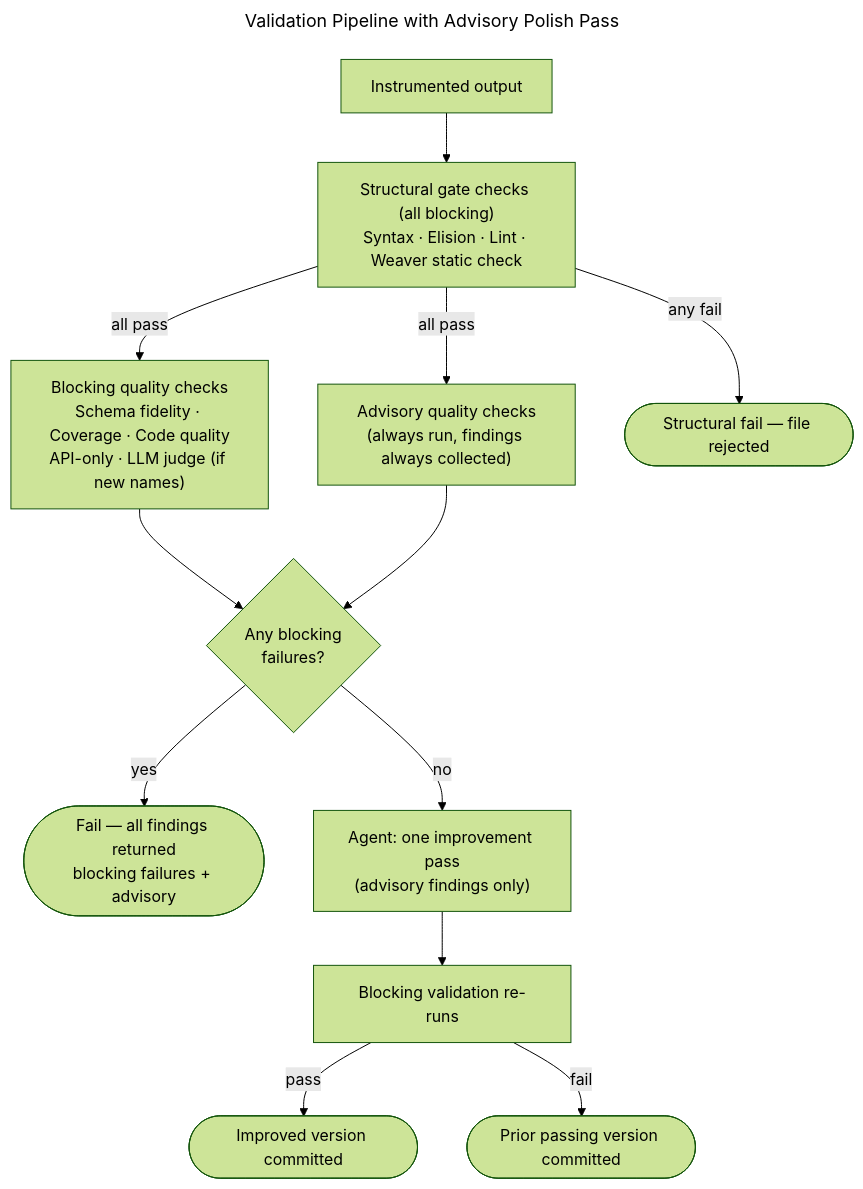
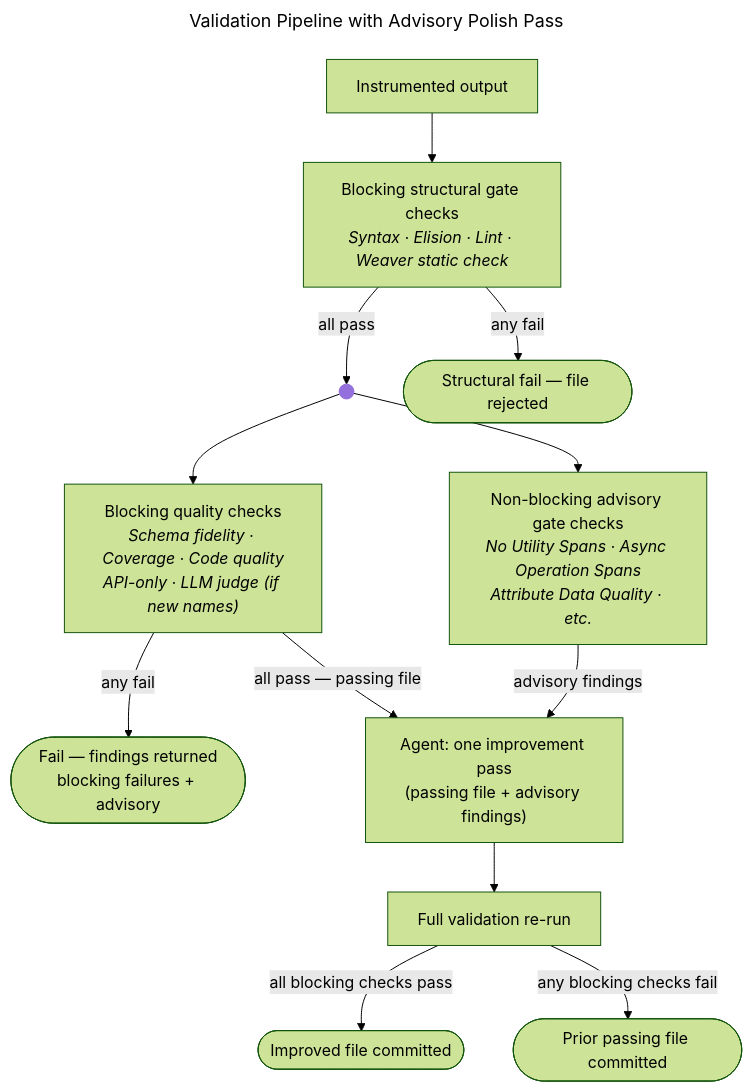
One commit to wiggitywhitney/spinybacked-orbweaver changed the diagram in docs/diagrams/validation-pipeline-with-advisory.mmd. Above: the diagram before and after it, drawn with Mermaid (forest theme). The commit also changed 3 other files, not shown here.

First line of the commit message:
docs: refine solution document diagrams based on review

```diff
--- a/docs/diagrams/validation-pipeline-with-advisory.mmd
+++ b/docs/diagrams/validation-pipeline-with-advisory.mmd
@@ -1,28 +1,37 @@
 ---
 title: "Validation Pipeline with Advisory Polish Pass"
 ---
-%% ABOUTME: Validation pipeline showing that blocking and advisory checks always run together; advisory findings are included in failure reports and in the polish pass
+%% ABOUTME: Validation pipeline — blocking and advisory checks run in parallel; fail paths branch to the side; advisory findings feed the polish pass
 flowchart TD
     IN["Instrumented output"]
-    G["Structural gate checks (all blocking)\nSyntax · Elision · Lint · Weaver static check"]
-    B["Blocking quality checks\nSchema fidelity · Coverage · Code quality\nAPI-only · LLM judge (if new names)"]
-    A["Advisory quality checks\n(always run, findings always collected)"]
+    G["`Blocking structural gate checks
+*Syntax · Elision · Lint · Weaver static check*`"]
+    J(( ))
+    B["`Blocking quality checks
+*Schema fidelity · Coverage · Code quality
+API-only · LLM judge (if new names)*`"]
+    A["`Non-blocking advisory gate checks
+*No Utility Spans · Async Operation Spans
+Attribute Data Quality · etc.*`"]
     GFAIL(["Structural fail — file rejected"])
-    DEC{"Any blocking\nfailures?"}
-    SFAIL(["Fail — all findings returned\nblocking failures + advisory"])
-    AGENT["Agent: one improvement pass\n(advisory findings only)"]
-    RECHECK["Blocking validation re-runs"]
-    IMPROVED(["Improved version committed"])
-    PRIOR(["Prior passing version committed"])
+    SFAIL(["Fail — findings returned
+blocking failures + advisory"])
+    AGENT["Agent: one improvement pass
+(passing file + advisory findings)"]
+    RECHECK["Full validation re-run"]
+    IMPROVED(["Improved file committed"])
+    PRIOR(["Prior passing file committed"])
 
     IN --> G
-    G -->|all pass| B
-    G -->|all pass| A
+    G -->|all pass| J
     G -->|any fail| GFAIL
-    B --> DEC
-    A --> DEC
-    DEC -->|yes| SFAIL
-    DEC -->|no| AGENT
+    J --> B
+    J --> A
+    B -->|any fail| SFAIL
+    B -->|"all pass — passing file"| AGENT
+    A -->|advisory findings| AGENT
     AGENT --> RECHECK
-    RECHECK -->|pass| IMPROVED
-    RECHECK -->|fail| PRIOR
+    RECHECK -->|all blocking checks pass| IMPROVED
+    RECHECK -->|any blocking checks fail| PRIOR
+
+    style J fill:#9370DB,stroke:#9370DB,width:10px,height:10px
```
